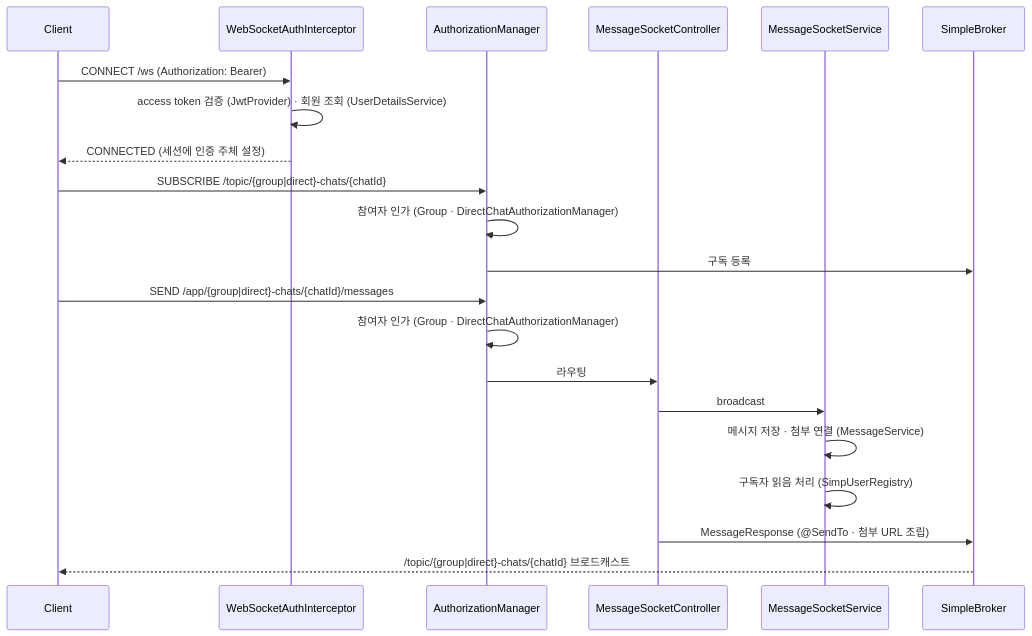
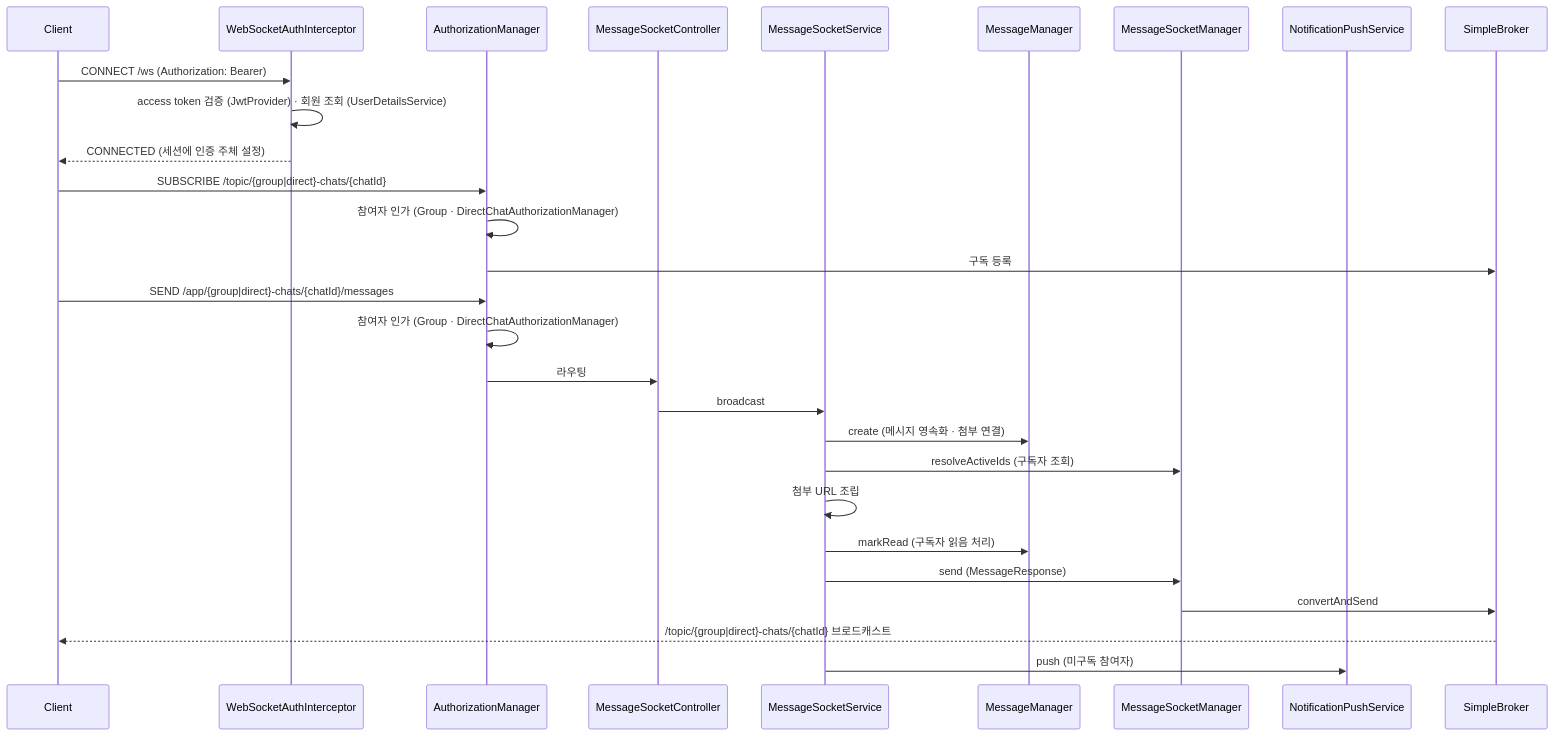
The diagram in apps/api/docs/stomp-architecture.md (mortonCareer/bconnect), drawn with Mermaid before and after one commit. The commit also changed other lines of this file and 4 other files, not shown here.

````diff
--- a/apps/api/docs/stomp-architecture.md
+++ b/apps/api/docs/stomp-architecture.md
@@ -7,26 +7,33 @@
 ```mermaid
 sequenceDiagram
     participant Client
     participant Interceptor as WebSocketAuthInterceptor
     participant Authz as AuthorizationManager
     participant Ctrl as MessageSocketController
     participant Service as MessageSocketService
+    participant Msg as MessageManager
+    participant Manager as MessageSocketManager
+    participant Push as NotificationPushService
     participant Broker as SimpleBroker
 
     Client->>Interceptor: CONNECT /ws (Authorization: Bearer)
     Interceptor->>Interceptor: access token 검증 (JwtProvider) · 회원 조회 (UserDetailsService)
     Interceptor-->>Client: CONNECTED (세션에 인증 주체 설정)
 
     Client->>Authz: SUBSCRIBE /topic/{group|direct}-chats/{chatId}
     Authz->>Authz: 참여자 인가 (Group · DirectChatAuthorizationManager)
     Authz->>Broker: 구독 등록
 
     Client->>Authz: SEND /app/{group|direct}-chats/{chatId}/messages
     Authz->>Authz: 참여자 인가 (Group · DirectChatAuthorizationManager)
     Authz->>Ctrl: 라우팅
     Ctrl->>Service: broadcast
-    Service->>Service: 메시지 저장 · 첨부 연결 (MessageService)
-    Service->>Service: 구독자 읽음 처리 (SimpUserRegistry)
-    Ctrl->>Broker: MessageResponse (@SendTo · 첨부 URL 조립)
+    Service->>Msg: create (메시지 영속화 · 첨부 연결)
+    Service->>Manager: resolveActiveIds (구독자 조회)
+    Service->>Service: 첨부 URL 조립
+    Service->>Msg: markRead (구독자 읽음 처리)
+    Service->>Manager: send (MessageResponse)
+    Manager->>Broker: convertAndSend
     Broker-->>Client: /topic/{group|direct}-chats/{chatId} 브로드캐스트
+    Service->>Push: push (미구독 참여자)
 ```
````
